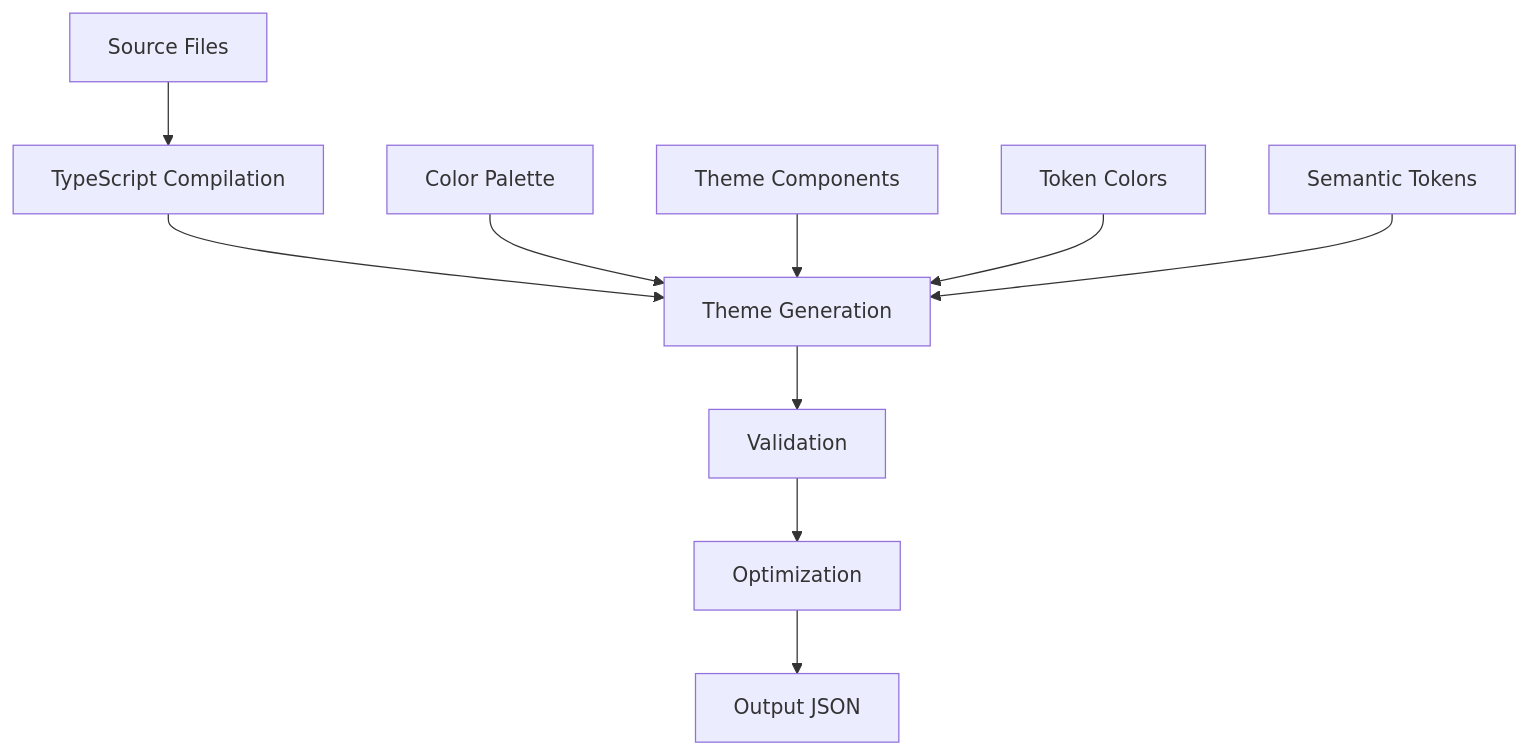
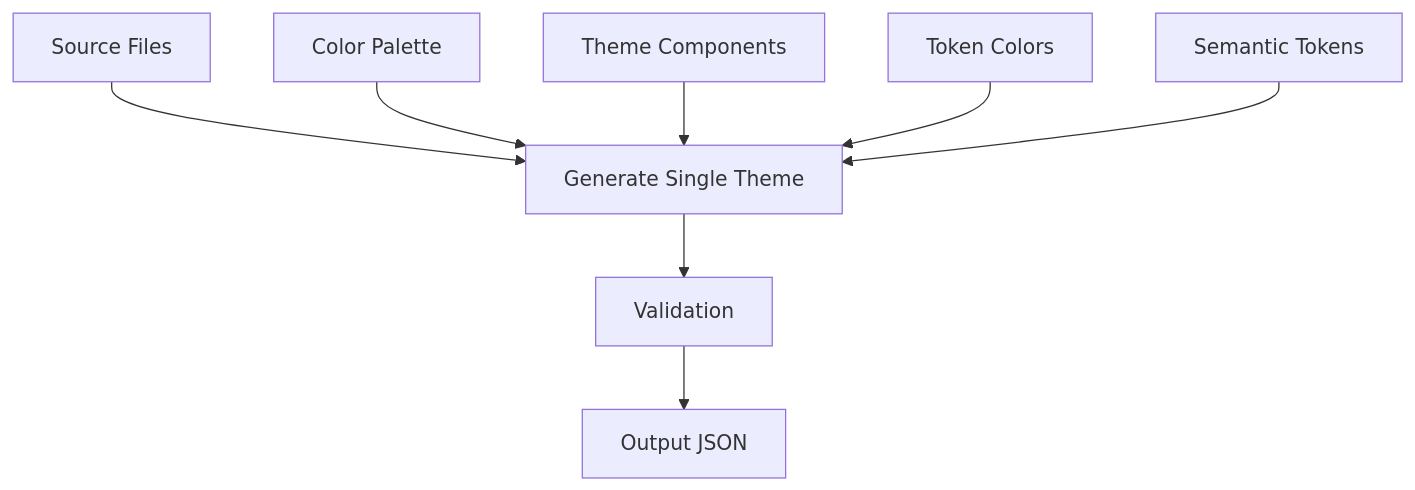
One commit to darqus/tokyo-night-modern-vscode-theme changed the diagram in docs/ARCHITECTURE.md. Above: the diagram before and after it, drawn with Mermaid. The commit also changed other lines of this file and 6 other files, not shown here.

First line of the commit message:
refactor(build): simplify theme generation to single dark theme

````diff
--- a/docs/ARCHITECTURE.md
+++ b/docs/ARCHITECTURE.md
@@ -242,13 +225,11 @@
 ```mermaid
 graph TD
-    A[Source Files] --> B[TypeScript Compilation]
-    B --> C[Theme Generation]
-    C --> D[Validation]
-    D --> E[Optimization]
-    E --> F[Output JSON]
+    A[Source Files] --> B[Generate Single Theme]
+    B --> C[Validation]
+    C --> D[Output JSON]
 
-    G[Color Palette] --> C
-    H[Theme Components] --> C
-    I[Token Colors] --> C
-    J[Semantic Tokens] --> C
+    G[Color Palette] --> B
+    H[Theme Components] --> B
+    I[Token Colors] --> B
+    J[Semantic Tokens] --> B
 ```
````
